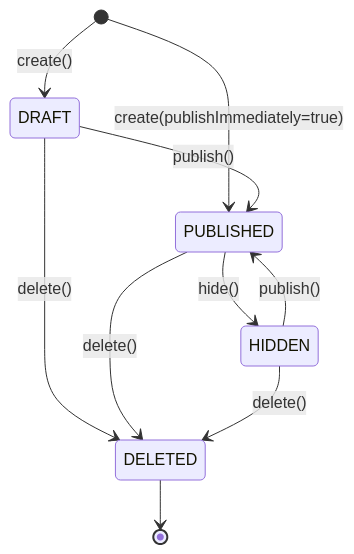
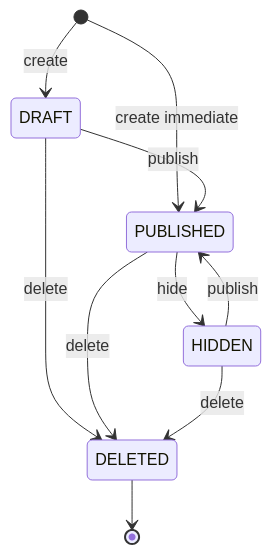
Before and after one commit to see-projects/back: the fourth of 9 diagrams in .docs/도메인 모델 문서.md, drawn with Mermaid. The commit also changed other lines of this file, not shown here.

First line of the commit message:
docs(domain-model): update terminology and diagram consistency

````diff
--- a/.docs/도메인 모델 문서.md
+++ b/.docs/도메인 모델 문서.md
@@ -220,16 +220,16 @@
 ```mermaid
 stateDiagram-v2
-    [*] --> DRAFT : create()
-    [*] --> PUBLISHED : create(publishImmediately=true)
+    [*] --> DRAFT : create
+    [*] --> PUBLISHED : create immediate
     
-    DRAFT --> PUBLISHED : publish()
-    DRAFT --> DELETED : delete()
+    DRAFT --> PUBLISHED : publish
+    DRAFT --> DELETED : delete
     
-    PUBLISHED --> HIDDEN : hide()
-    PUBLISHED --> DELETED : delete()
+    PUBLISHED --> HIDDEN : hide
+    PUBLISHED --> DELETED : delete
     
-    HIDDEN --> PUBLISHED : publish()
-    HIDDEN --> DELETED : delete()
+    HIDDEN --> PUBLISHED : publish
+    HIDDEN --> DELETED : delete
     
     DELETED --> [*]
 ```
````
